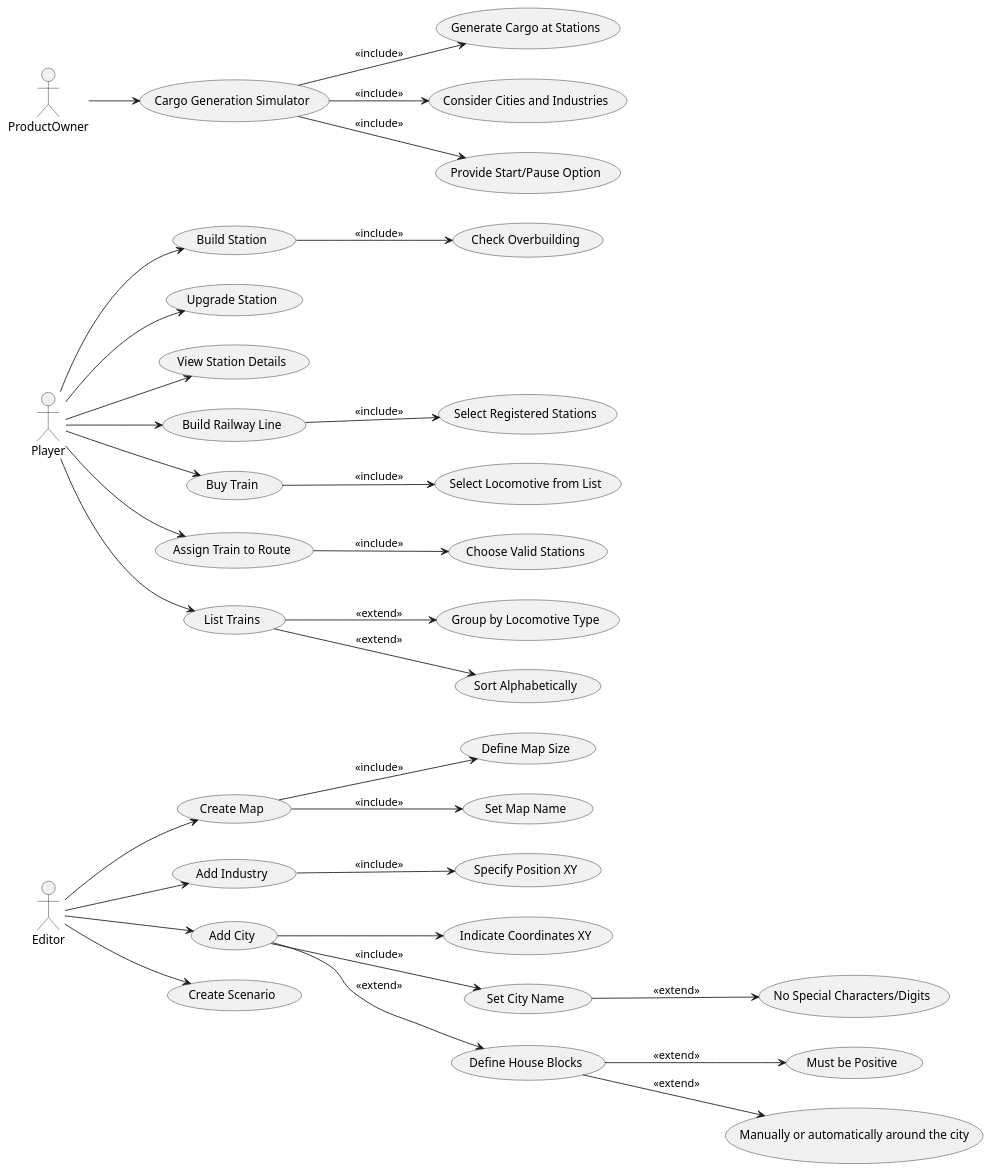
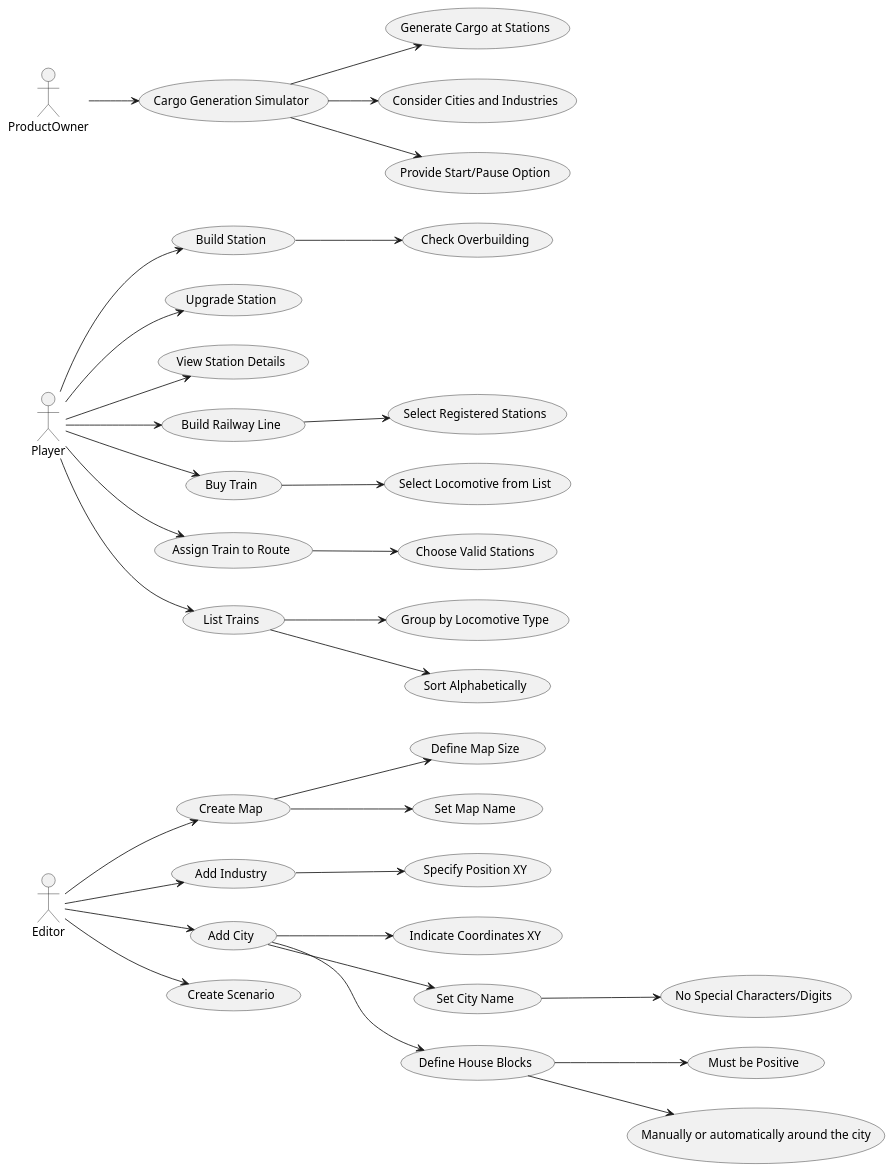
Before and after one commit to 1240826/empire-on-tracks: the diagram in docs/system-documentation/global-artifacts/01.requirements-engineering/puml/UCD.puml, drawn with PlantUML. The commit also changed 1 other file, not shown here.

```diff
--- a/docs/system-documentation/global-artifacts/01.requirements-engineering/puml/UCD.puml
+++ b/docs/system-documentation/global-artifacts/01.requirements-engineering/puml/UCD.puml
@@ -1,45 +1,45 @@
 @startuml
 left to right direction
 'https://plantuml.com/use-case-diagram
 
 actor Editor
 actor Player
 actor ProductOwner
 
 Editor --> (Create Map)
 Editor --> (Add Industry)
 Editor --> (Add City)
 Editor --> (Create Scenario)
 
-(Create Map) --> (Define Map Size) : <<include>>
-(Create Map) --> (Set Map Name) : <<include>>
-(Add Industry) --> (Specify Position XY) : <<include>>
+(Create Map) --> (Define Map Size)
+(Create Map) --> (Set Map Name)
+(Add Industry) --> (Specify Position XY)
 (Add City) --> (Indicate Coordinates XY)
-(Add City) --> (Set City Name) : <<include>>
-(Add City) --> (Define House Blocks) : <<extend>>
-(Set City Name) --> (No Special Characters/Digits) : <<extend>>
-(Define House Blocks) --> (Must be Positive) : <<extend>>
-(Define House Blocks) --> (Manually or automatically around the city) : <<extend>>
+(Add City) --> (Set City Name)
+(Add City) --> (Define House Blocks)
+(Set City Name) --> (No Special Characters/Digits)
+(Define House Blocks) --> (Must be Positive)
+(Define House Blocks) --> (Manually or automatically around the city)
 
 Player --> (Build Station)
 Player --> (Upgrade Station)
 Player --> (View Station Details)
 Player --> (Build Railway Line)
 Player --> (Buy Train)
 Player --> (Assign Train to Route)
 Player --> (List Trains)
 
-(Build Station) --> (Check Overbuilding) : <<include>>
-(Build Railway Line) --> (Select Registered Stations) : <<include>>
-(Buy Train) --> (Select Locomotive from List) : <<include>>
-(Assign Train to Route) --> (Choose Valid Stations) : <<include>>
-(List Trains) --> (Group by Locomotive Type) : <<extend>>
-(List Trains) --> (Sort Alphabetically) : <<extend>>
+(Build Station) --> (Check Overbuilding)
+(Build Railway Line) --> (Select Registered Stations)
+(Buy Train) --> (Select Locomotive from List)
+(Assign Train to Route) --> (Choose Valid Stations)
+(List Trains) --> (Group by Locomotive Type)
+(List Trains) --> (Sort Alphabetically)
 
 ProductOwner --> (Cargo Generation Simulator)
-(Cargo Generation Simulator) --> (Generate Cargo at Stations) : <<include>>
-(Cargo Generation Simulator) --> (Consider Cities and Industries) : <<include>>
-(Cargo Generation Simulator) --> (Provide Start/Pause Option) : <<include>>
+(Cargo Generation Simulator) --> (Generate Cargo at Stations)
+(Cargo Generation Simulator) --> (Consider Cities and Industries)
+(Cargo Generation Simulator) --> (Provide Start/Pause Option)
 
 
 @enduml
```
